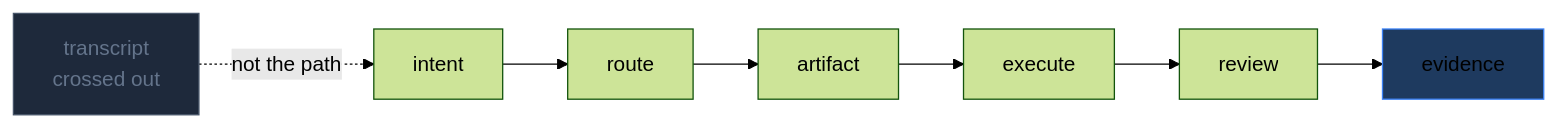
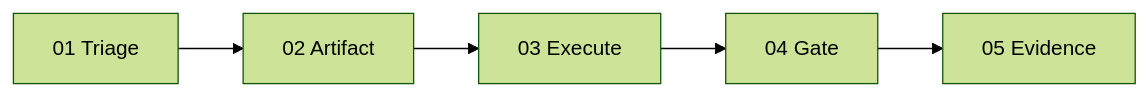
The first of 2 diagrams in docs/design/imagery/essay-storyboards-v1/agentic-operations-flow.md (miethe/signal_to_system), drawn with Mermaid (forest theme) before and after one commit. The commit also changed other lines of this file and 10 other files, not shown here.

````diff
--- a/docs/design/imagery/essay-storyboards-v1/agentic-operations-flow.md
+++ b/docs/design/imagery/essay-storyboards-v1/agentic-operations-flow.md
@@ -61,7 +39,4 @@
 ```mermaid
 flowchart LR
-  T[transcript\ncrossed out] -. not the path .-> A
-  A[intent] --> B[route] --> C[artifact] --> D[execute] --> E[review] --> F[evidence]
-  style T fill:#1e293b,stroke:#475569,color:#64748b
-  style F fill:#1e3a5f,stroke:#3b82f6
+  T[01 Triage] --> A[02 Artifact] --> X[03 Execute] --> G[04 Gate] --> E[05 Evidence]
 ```
````
